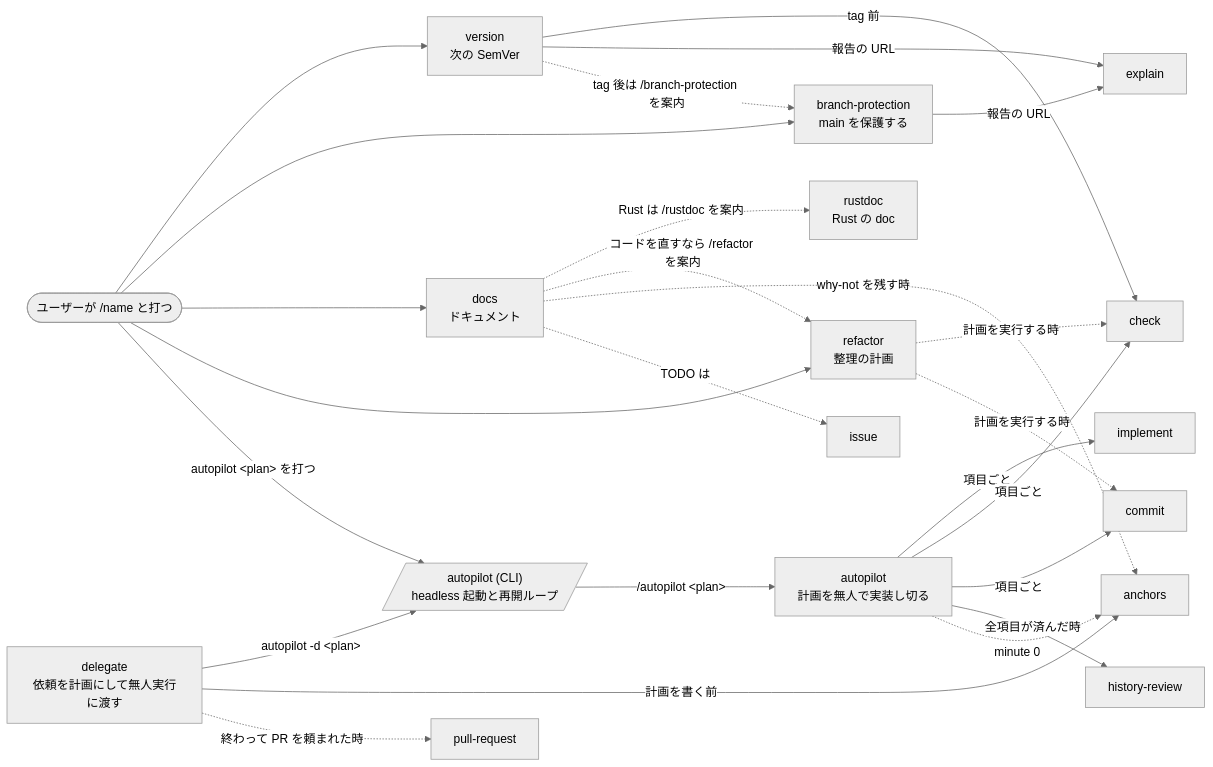
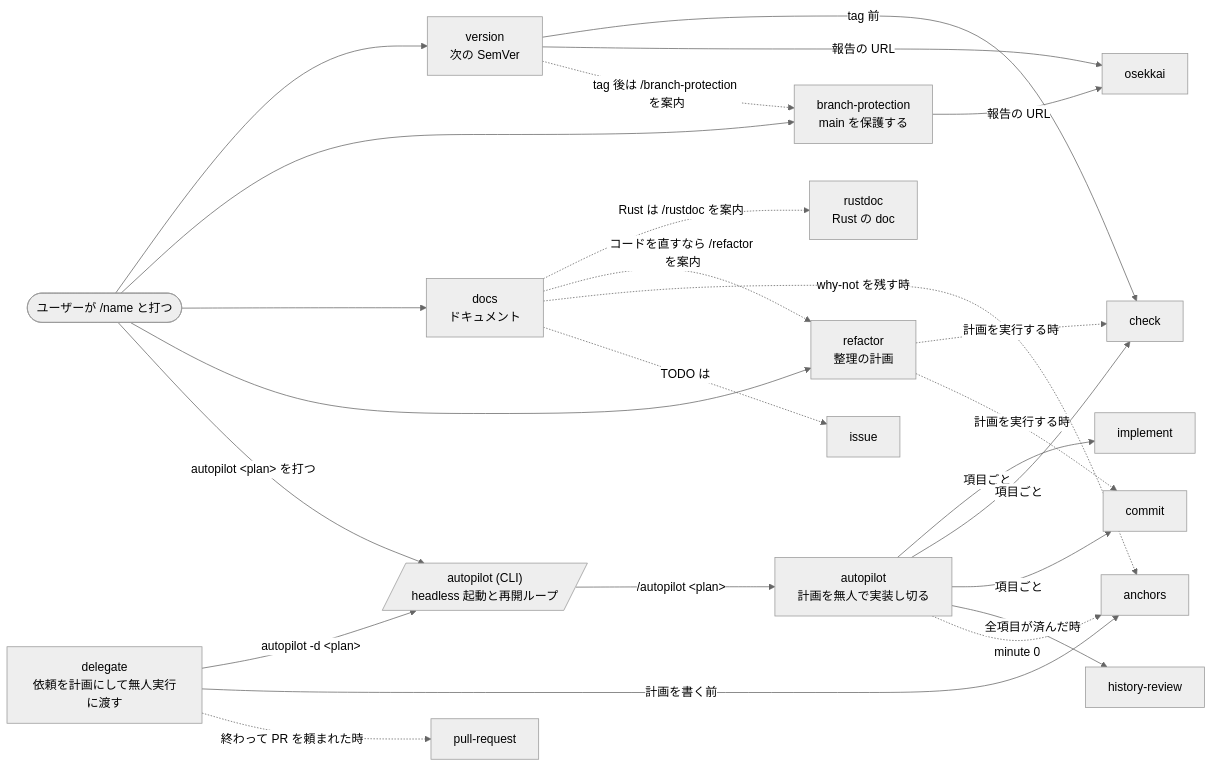
One commit to Xantibody/dotfiles changed the second of 3 diagrams in configs/agents/README.md. Above: the diagram before and after it, drawn with Mermaid (neutral theme). The commit also changed other lines of this file and 8 other files, not shown here.

First line of the commit message:
refactor(agents): rename explain to lint-body and route all prose through osekkai

````diff
--- a/configs/agents/README.md
+++ b/configs/agents/README.md
@@ -64,42 +64,42 @@
 ```mermaid
 flowchart LR
   user(["ユーザーが /name と打つ"])
   version["version<br/>次の SemVer"]
   bp["branch-protection<br/>main を保護する"]
   docs["docs<br/>ドキュメント"]
   refactor["refactor<br/>整理の計画"]
   check["check"]
   commit["commit"]
-  explain["explain"]
+  osekkai["osekkai"]
   anchors["anchors"]
   issue["issue"]
   rustdoc["rustdoc<br/>Rust の doc"]
   autopilot["autopilot<br/>計画を無人で実装し切る"]
   implement["implement"]
   hr["history-review"]
   ap[/"autopilot (CLI)<br/>headless 起動と再開ループ"/]
   delegate["delegate<br/>依頼を計画にして無人実行に渡す"]
   pr["pull-request"]
 
   user --> version & bp & docs & refactor
   user -->|"autopilot #lt;plan#gt; を打つ"| ap
   delegate -->|"autopilot -d #lt;plan#gt;"| ap
   delegate -->|"計画を書く前"| anchors
   delegate -.->|"終わって PR を頼まれた時"| pr
   ap -->|"/autopilot #lt;plan#gt;"| autopilot
   autopilot -->|"項目ごと"| implement
   autopilot -->|"項目ごと"| check
   autopilot -->|"項目ごと"| commit
   autopilot -->|"全項目が済んだ時"| hr
   autopilot -.->|"minute 0"| anchors
   version -->|"tag 前"| check
-  version -->|"報告の URL"| explain
+  version -->|"報告の URL"| osekkai
   version -.->|"tag 後は /branch-protection を案内"| bp
-  bp -->|"報告の URL"| explain
+  bp -->|"報告の URL"| osekkai
   docs -.->|"Rust は /rustdoc を案内"| rustdoc
   docs -.->|"コードを直すなら /refactor を案内"| refactor
   docs -.->|"why-not を残す時"| anchors
   docs -.->|"TODO は"| issue
   refactor -.->|"計画を実行する時"| check
   refactor -.->|"計画を実行する時"| commit
 ```
````
